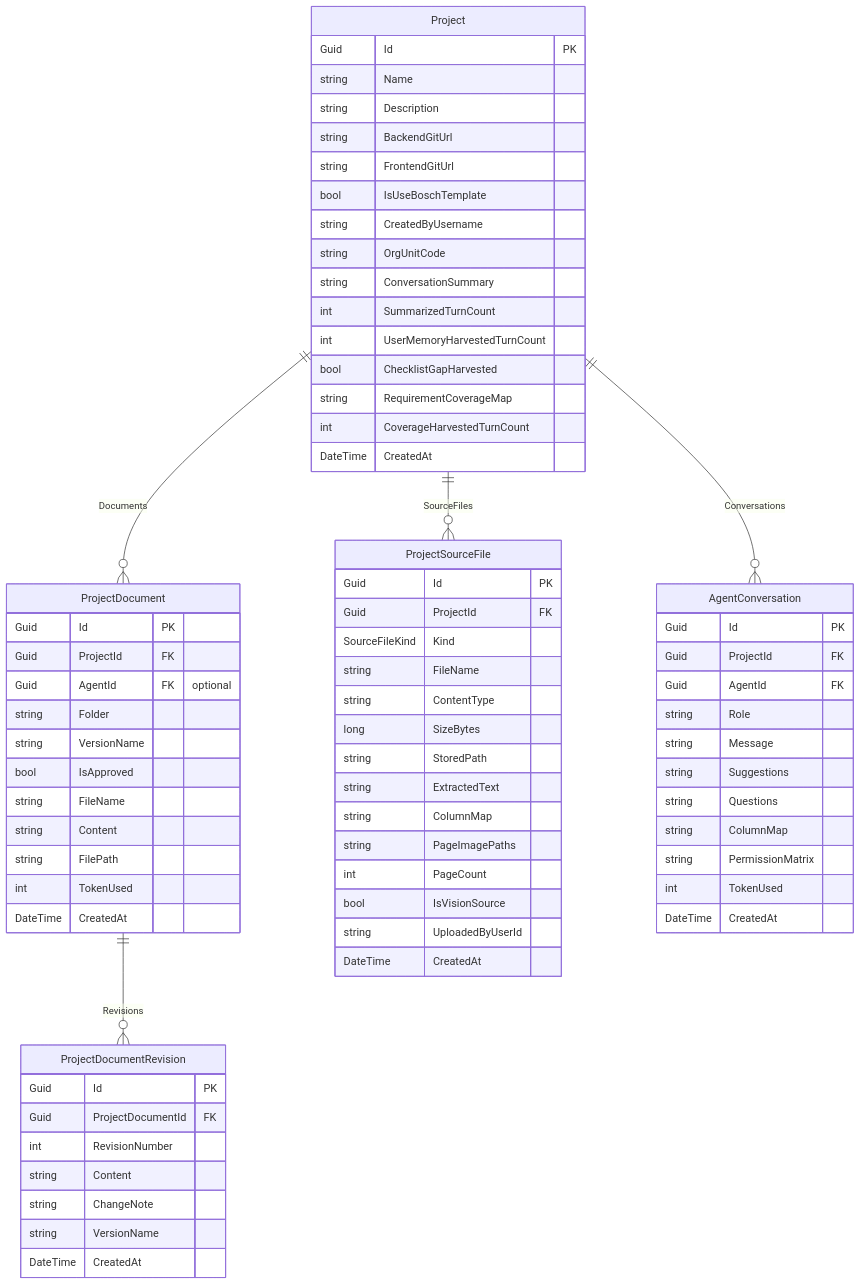
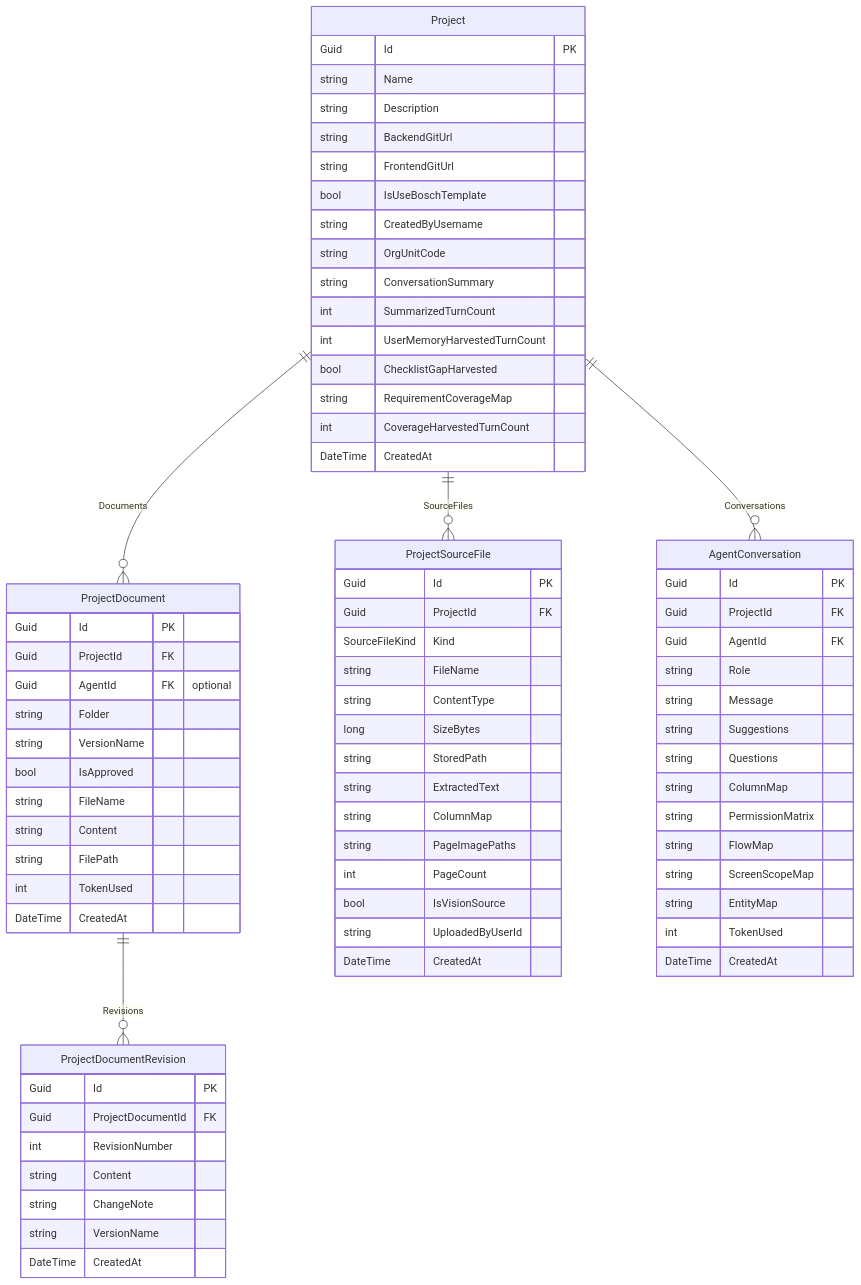
One commit to Songlong0506/ICOGenerator-v4 changed the second of 9 diagrams in docs/data-model.md. Above: the diagram before and after it, drawn with Mermaid. The commit also changed other lines of this file and 35 other files, not shown here.

```diff
--- a/docs/data-model.md
+++ b/docs/data-model.md
@@ -163,6 +163,9 @@
         string Questions
         string ColumnMap
         string PermissionMatrix
+        string FlowMap
+        string ScreenScopeMap
+        string EntityMap
         int TokenUsed
         DateTime CreatedAt
     }
```
